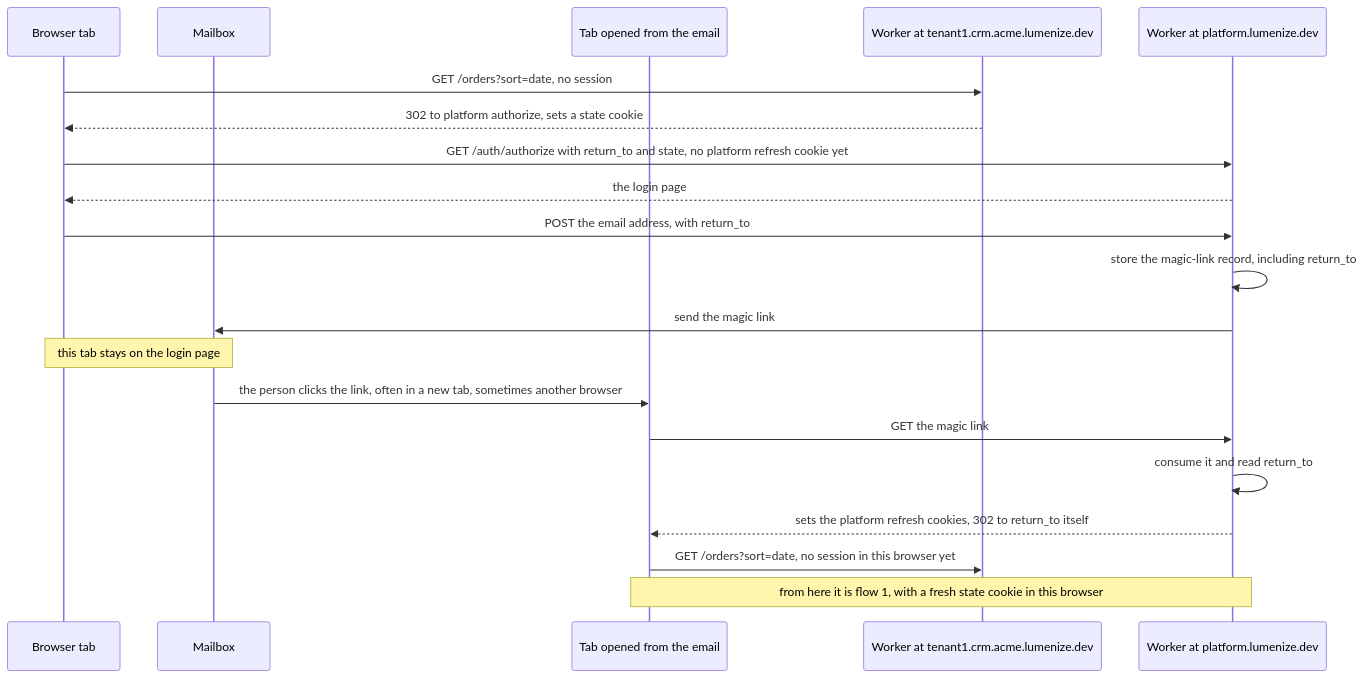
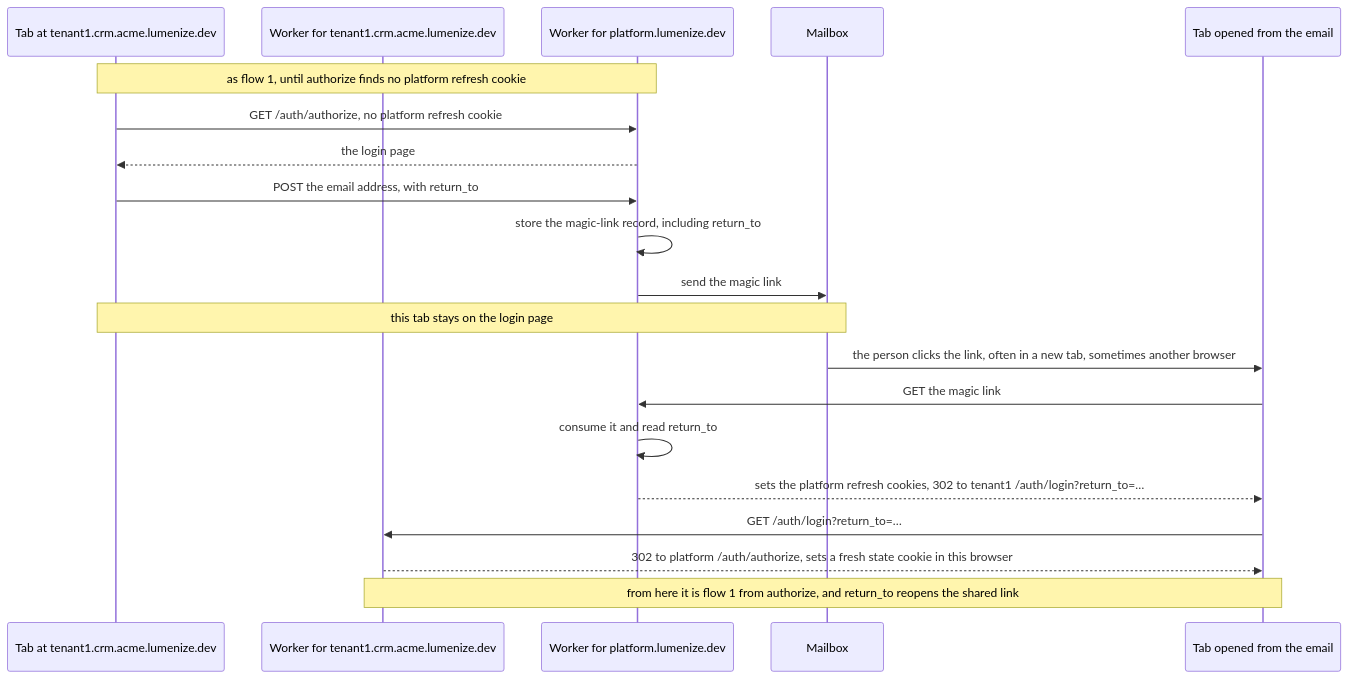
One commit to lumenize/lumenize changed the second of 7 diagrams in tasks/sessions-per-origin.md. Above: the diagram before and after it, drawn with Mermaid. The commit also changed other lines of this file and 5 other files, not shown here.

First line of the commit message:
docs(sessions): client-started sessions, the as-you dev tab, and ADR-021's review

````diff
--- a/tasks/sessions-per-origin.md
+++ b/tasks/sessions-per-origin.md
@@ -109,23 +120,23 @@
 ```mermaid
 sequenceDiagram
-    participant B as Browser tab
+    participant B as Tab at tenant1.crm.acme.lumenize.dev
+    participant T as Worker for tenant1.crm.acme.lumenize.dev
+    participant P as Worker for platform.lumenize.dev
     participant M as Mailbox
     participant B2 as Tab opened from the email
-    participant S as Worker at tenant1.crm.acme.lumenize.dev
-    participant P as Worker at platform.lumenize.dev
 
-    B->>S: GET /orders?sort=date, no session
-    S-->>B: 302 to platform authorize, sets a state cookie
-    B->>P: GET /auth/authorize with return_to and state, no platform refresh cookie yet
+    Note over B,P: as flow 1, until authorize finds no platform refresh cookie
+    B->>P: GET /auth/authorize, no platform refresh cookie
     P-->>B: the login page
     B->>P: POST the email address, with return_to
     P->>P: store the magic-link record, including return_to
     P->>M: send the magic link
     Note over B,M: this tab stays on the login page
     M->>B2: the person clicks the link, often in a new tab, sometimes another browser
     B2->>P: GET the magic link
     P->>P: consume it and read return_to
-    P-->>B2: sets the platform refresh cookies, 302 to return_to itself
-    B2->>S: GET /orders?sort=date, no session in this browser yet
-    Note over B2,P: from here it is flow 1, with a fresh state cookie in this browser
+    P-->>B2: sets the platform refresh cookies, 302 to tenant1 /auth/login?return_to=…
+    B2->>T: GET /auth/login?return_to=…
+    T-->>B2: 302 to platform /auth/authorize, sets a fresh state cookie in this browser
+    Note over T,B2: from here it is flow 1 from authorize, and return_to reopens the shared link
 ```
````
